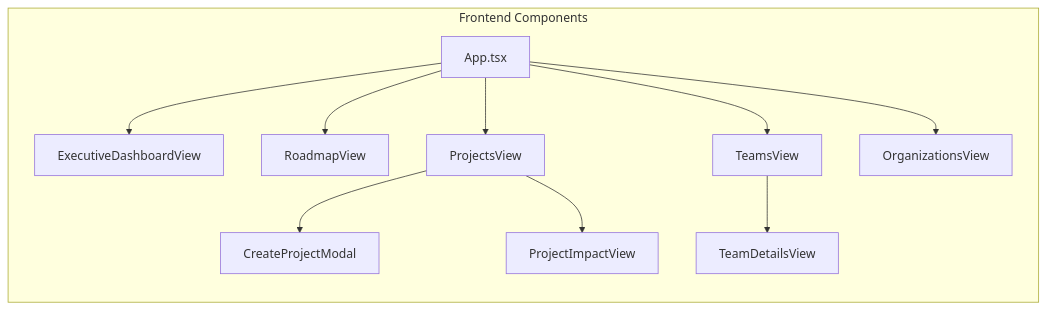
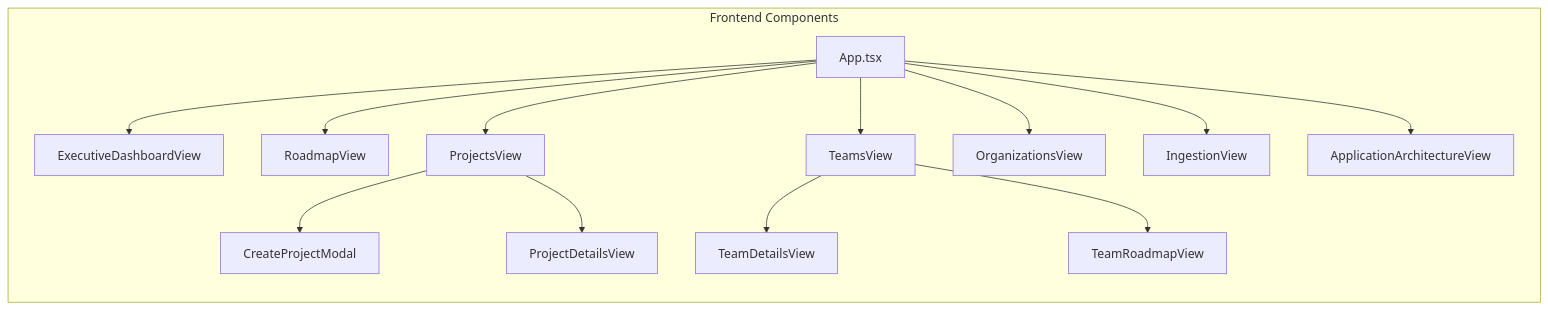
The third of 8 diagrams in docs/ARCHITECTURE.md (vosbek/roadmap-system), drawn with Mermaid before and after one commit. The commit also changed other lines of this file and 56 other files, not shown here.

````diff
--- a/docs/ARCHITECTURE.md
+++ b/docs/ARCHITECTURE.md
@@ -113,22 +163,27 @@
 ```mermaid
 graph TB
     subgraph "Frontend Components"
         direction TB
         App[App.tsx]
         Dashboard[ExecutiveDashboardView]
         Roadmap[RoadmapView]
         Projects[ProjectsView]
         Teams[TeamsView]
         Orgs[OrganizationsView]
+        Ingestion[IngestionView]
+        Architect[ApplicationArchitectureView]
         
         App --> Dashboard
         App --> Roadmap
         App --> Projects
         App --> Teams
         App --> Orgs
+        App --> Ingestion
+        App --> Architect
         
         Projects --> CreateProject[CreateProjectModal]
+        Projects --> ProjectDetails[ProjectDetailsView]
         Teams --> TeamDetails[TeamDetailsView]
-        Projects --> ProjectImpact[ProjectImpactView]
+        Teams --> TeamRoadmap[TeamRoadmapView]
     end
 ```
````
